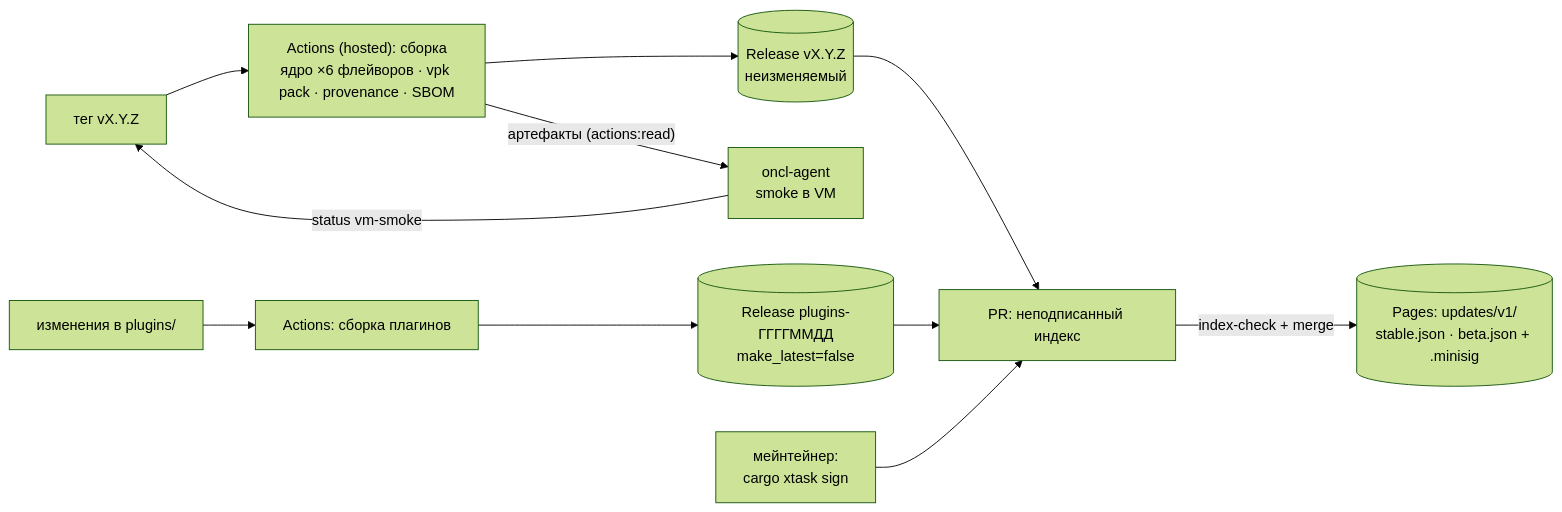
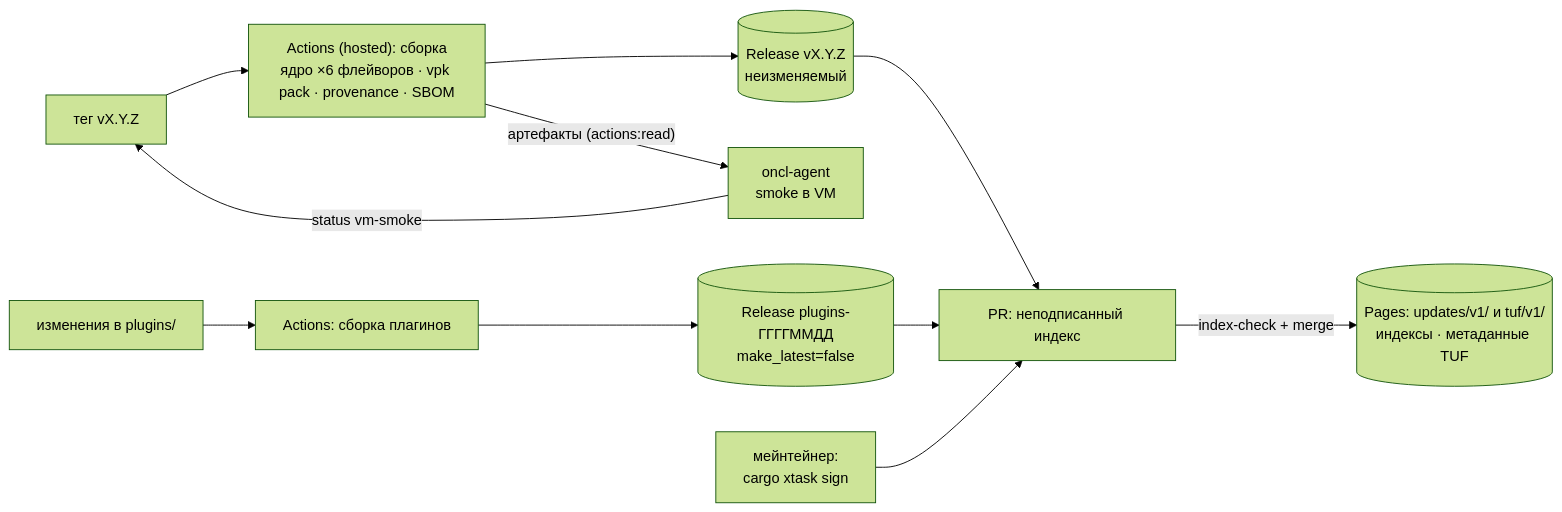
Before and after one commit to arynyklas/OpenNCALayer: the second of 3 diagrams in docs/design/roadmap.md, drawn with Mermaid (forest theme). The commit also changed other lines of this file and 3 other files, not shown here.

````diff
--- a/docs/design/roadmap.md
+++ b/docs/design/roadmap.md
@@ -116,11 +116,11 @@
 ```mermaid
 flowchart LR
   TAG["тег vX.Y.Z"] --> CI["Actions (hosted): сборка<br/>ядро ×6 флейворов · vpk pack · provenance · SBOM"]
   CI --> REL[("Release vX.Y.Z<br/>неизменяемый")]
   CI -- "артефакты (actions:read)" --> AG["oncl-agent<br/>smoke в VM"]
   AG -- "status vm-smoke" --> TAG
   PL["изменения в plugins/"] --> CIP["Actions: сборка плагинов"] --> RELP[("Release plugins-ГГГГММДД<br/>make_latest=false")]
   REL & RELP --> IDX["PR: неподписанный индекс"]
   DEV["мейнтейнер:<br/>cargo xtask sign"] --> IDX
-  IDX -- "index-check + merge" --> PAGES[("Pages: updates/v1/<br/>stable.json · beta.json + .minisig")]
+  IDX -- "index-check + merge" --> PAGES[("Pages: updates/v1/ и tuf/v1/<br/>индексы · метаданные TUF")]
 ```
````
